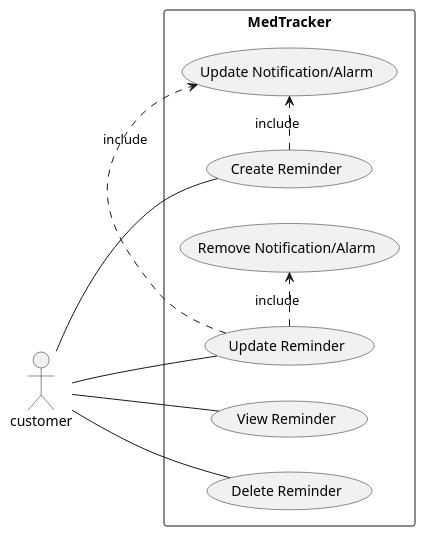
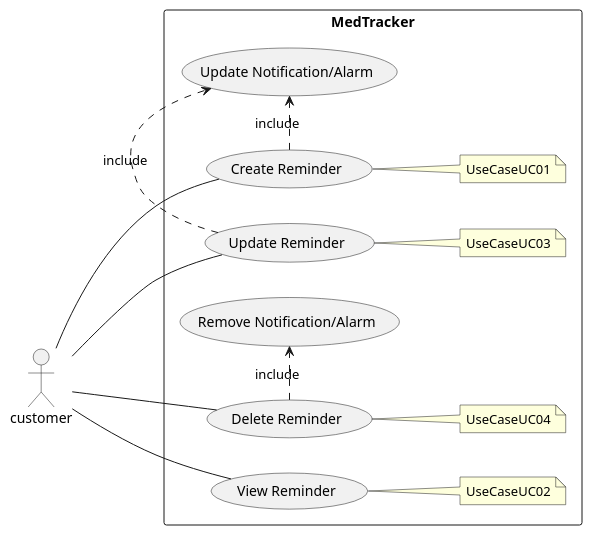
The diagram in app/UseCase.puml (suku9620/MedReminder), drawn with PlantUML before and after one commit. The commit also changed 3 other files, not shown here.

```diff
--- a/app/UseCase.puml
+++ b/app/UseCase.puml
@@ -1,18 +1,31 @@
 @startuml
 left to right direction
 skinparam packageStyle rectangle
 actor customer
 
 rectangle MedTracker {
   customer -- (Create Reminder)
   customer -- (View Reminder)
   customer -- (Update Reminder)
   customer -- (Delete Reminder)
   (Create Reminder) .> (Update Notification/Alarm) : include
   (Update Reminder) .> (Update Notification/Alarm) : include
-   (Update Reminder) .> (Remove Notification/Alarm) : include
+   (Delete Reminder) .> (Remove Notification/Alarm) : include
+note right of (Create Reminder)
+UseCaseUC01
+end note
 
 
+note right of (View Reminder)
+UseCaseUC02
+end note
+note right of (Update Reminder)
+UseCaseUC03
+end note
+
+note right of (Delete Reminder)
+UseCaseUC04
+end note
 }
 
 @enduml
```
